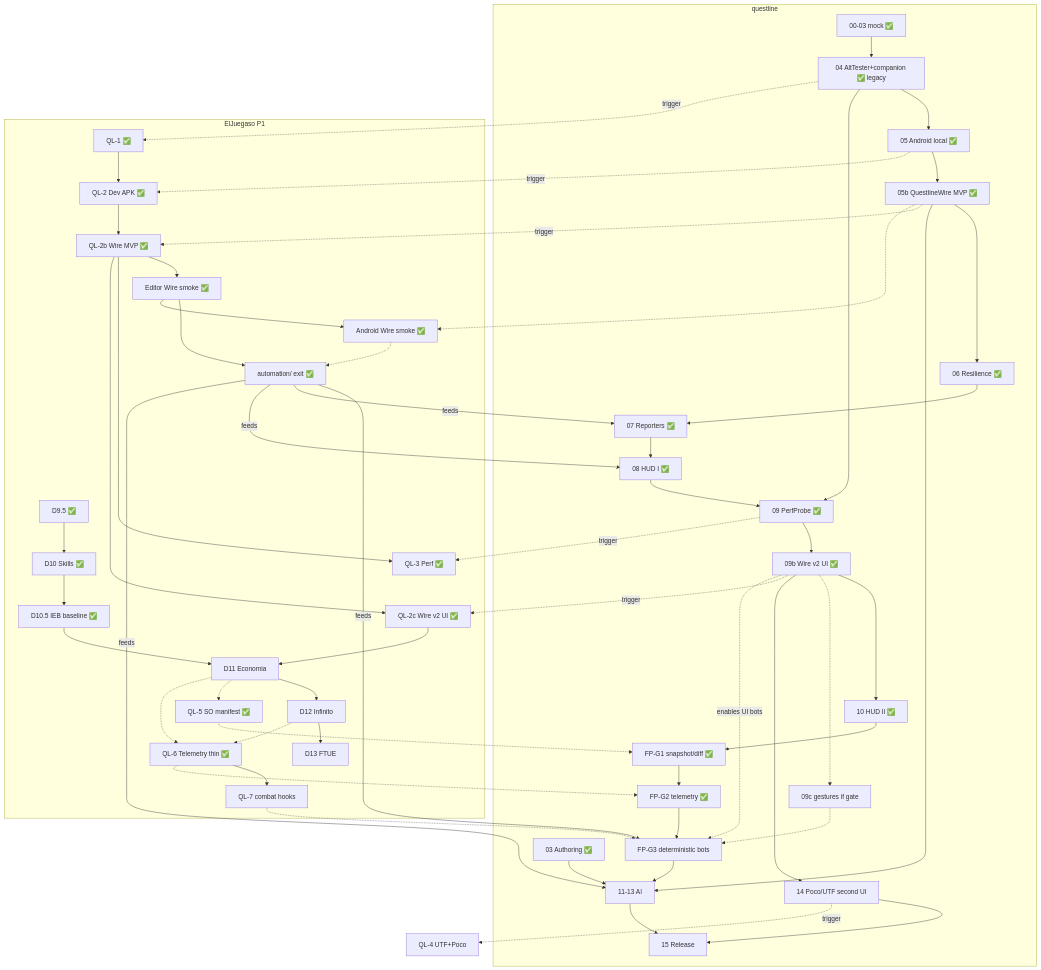
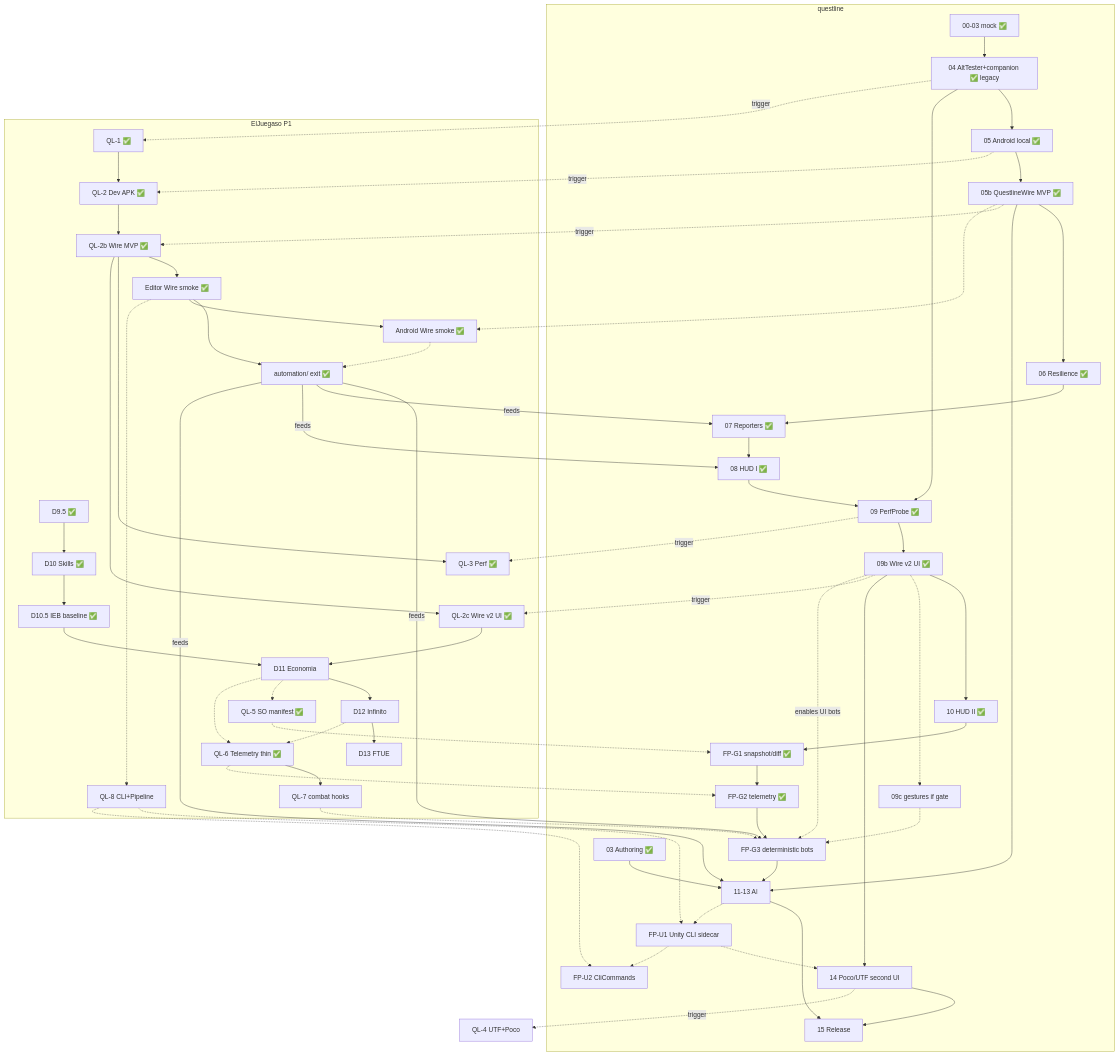
One commit to Knutronko/questline changed the diagram in docs/STATUS-DUAL.md. Above: the diagram before and after it, drawn with Mermaid. The commit also changed other lines of this file and 21 other files, not shown here.

First line of the commit message:
docs: catalog Unity CLI sidecar (FP-U1/U2, QL-8)

````diff
--- a/docs/STATUS-DUAL.md
+++ b/docs/STATUS-DUAL.md
@@ -111,63 +115,69 @@
 ```mermaid
 flowchart TB
   subgraph QL[questline]
     Q0[00-03 mock ✅] --> Q4[04 AltTester+companion ✅ legacy]
     Q4 --> Q5[05 Android local ✅]
     Q5 --> Q5b[05b QuestlineWire MVP ✅]
     Q5b --> Q6[06 Resilience ✅]
     Q6 --> Q7[07 Reporters ✅]
     Q7 --> Q8[08 HUD I ✅]
     Q8 --> Q9[09 PerfProbe ✅]
     Q9 --> Q9b[09b Wire v2 UI ✅]
     Q9b --> Q10[10 HUD II ✅]
     Q10 --> FPG1[FP-G1 snapshot/diff ✅]
     FPG1 --> FPG2[FP-G2 telemetry ✅]
     FPG2 --> FPG3[FP-G3 deterministic bots]
     FPG3 --> Q11[11-13 AI]
     Q9b -.-> Q09c[09c gestures if gate]
     Q09c -.-> FPG3
     Q4 --> Q9
     Q3[03 Authoring ✅] --> Q11
     Q5b --> Q11
     Q9b --> Q14[14 Poco/UTF second UI]
     Q11 --> Q15[15 Release]
     Q14 --> Q15
+    Q11 -.-> FPU1[FP-U1 Unity CLI sidecar]
+    FPU1 -.-> Q14
+    FPU1 -.-> FPU2[FP-U2 CliCommands]
   end
 
   subgraph Game[ElJuegaso P1]
     D95[D9.5 ✅] --> D10[D10 Skills ✅]
     D10 --> D105[D10.5 IEB baseline ✅]
     D105 --> D11[D11 Economia]
     D11 --> D12[D12 Infinito]
     D12 --> D13[D13 FTUE]
     QL1[QL-1 ✅] --> QL2[QL-2 Dev APK ✅]
     QL2 --> QL2b[QL-2b Wire MVP ✅]
     QL2b --> LiveEd[Editor Wire smoke ✅]
     LiveEd --> Auto[automation/ exit ✅]
     LiveEd --> LiveAnd[Android Wire smoke ✅]
     LiveAnd -.-> Auto
     QL2b --> QL3[QL-3 Perf ✅]
     QL2b --> QL2c[QL-2c Wire v2 UI ✅]
     QL2c --> D11
     D11 -.-> QL5[QL-5 SO manifest ✅]
     QL5 -.-> FPG1
     D11 -.-> QL6[QL-6 Telemetry thin ✅]
     QL6 --> QL7[QL-7 combat hooks]
     QL6 -.-> FPG2
     QL7 -.-> FPG3
     D12 -.-> QL6
     Auto -->|feeds| FPG3
+    LiveEd -.-> QL8[QL-8 CLI+Pipeline]
   end
 
   Q4 -.->|trigger| QL1
   Q5 -.->|trigger| QL2
   Q5b -.->|trigger| QL2b
   Q5b -.-> LiveAnd
   Q9 -.->|trigger| QL3
   Q9b -.->|trigger| QL2c
   Q14 -.->|trigger| QL4[QL-4 UTF+Poco]
+  QL8 -.-> FPU1
+  QL8 -.-> FPU2
   Auto -->|feeds| Q7
   Auto -->|feeds| Q8
   Auto -->|feeds| Q11
   Q9b -.->|enables UI bots| FPG3
 ```
````
